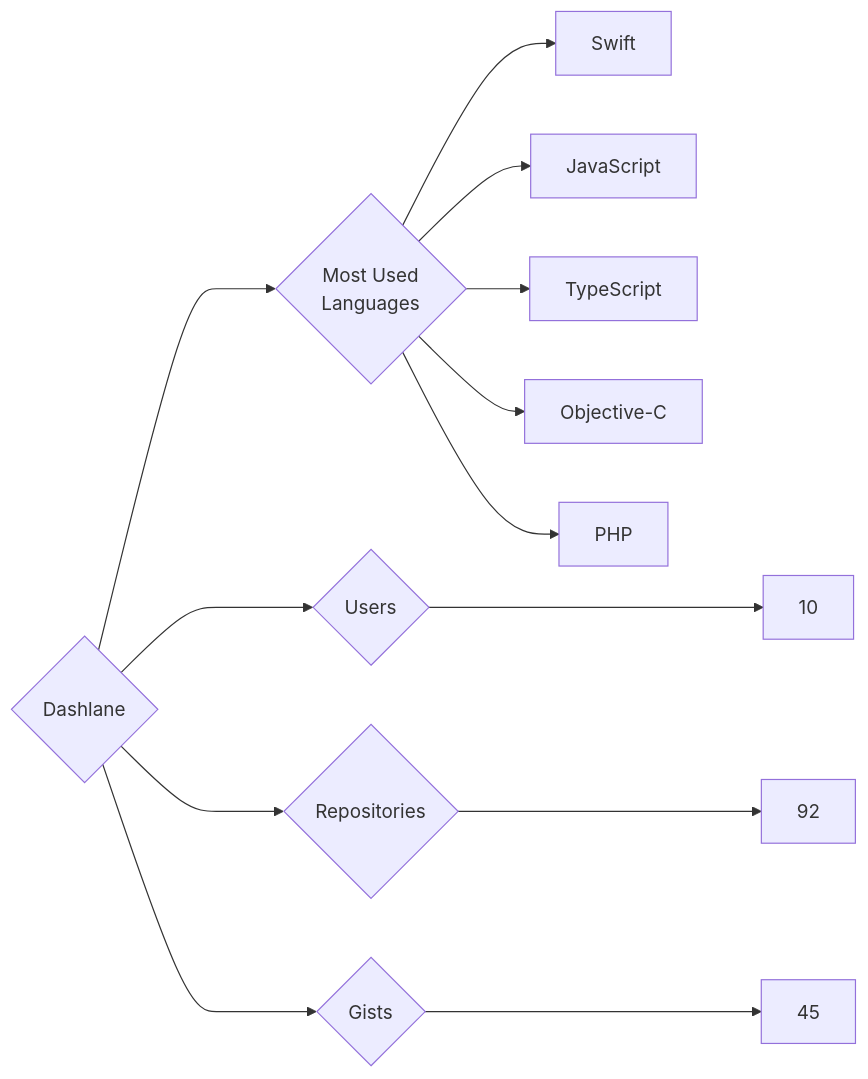
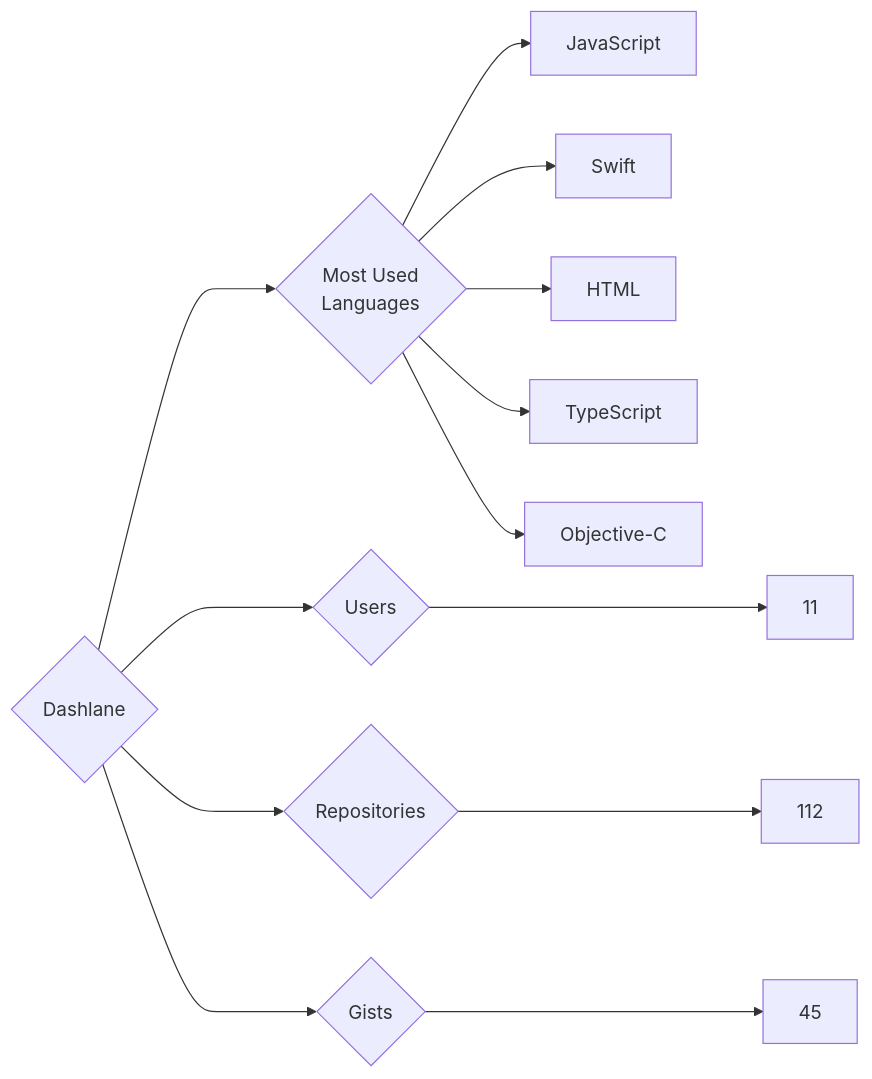
One commit to trickest/insiders changed the diagram in targets/Dashlane/README.md. Above: the diagram before and after it, drawn with Mermaid. The commit also changed 629 other files, not shown here.

````diff
--- a/targets/Dashlane/README.md
+++ b/targets/Dashlane/README.md
@@ -3,13 +3,13 @@
 ```mermaid
 graph LR
 COMPANY_NAME{Dashlane}
-COMPANY_NAME ---> U{Users} ---> UN[10]
-COMPANY_NAME ---> R{Repositories} ---> RN[92]
+COMPANY_NAME ---> U{Users} ---> UN[11]
+COMPANY_NAME ---> R{Repositories} ---> RN[112]
 COMPANY_NAME ---> G{Gists} ---> GN[45]
 COMPANY_NAME ---> ML{Most Used<br>Languages}
+ML --> JavaScript[JavaScript]
 ML --> Swift[Swift]
-ML --> JavaScript[JavaScript]
+ML --> HTML[HTML]
 ML --> TypeScript[TypeScript]
 ML --> Objective-C[Objective-C]
-ML --> PHP[PHP]
 ```
````
